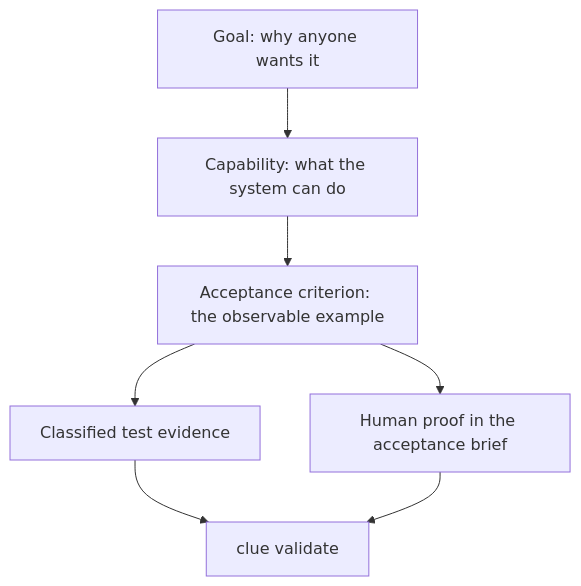
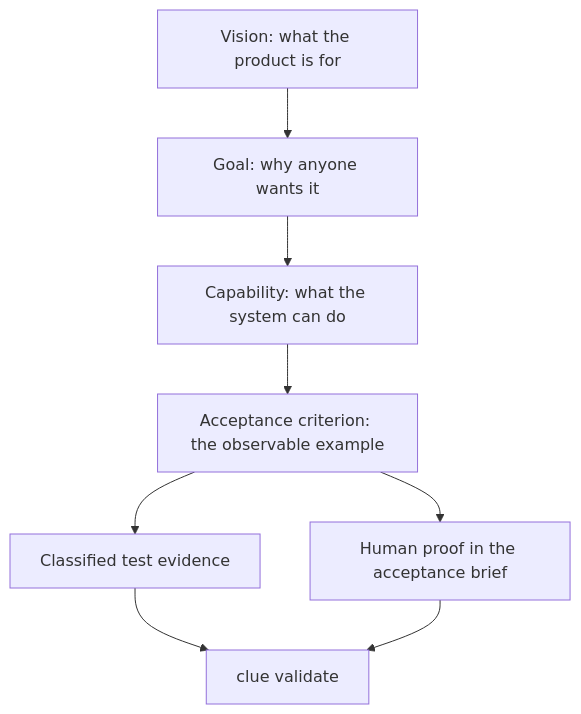
One commit to cliewen/cliewen changed the first of 2 diagrams in guide/what-is-cliewen.md. Above: the diagram before and after it, drawn with Mermaid. The commit also changed other lines of this file and 9 other files, not shown here.

````diff
--- a/guide/what-is-cliewen.md
+++ b/guide/what-is-cliewen.md
@@ -7,9 +7,10 @@
 ```mermaid
 graph TD
+  VI["Vision: what the product is for"] --> G
   G["Goal: why anyone wants it"] --> C["Capability: what the system can do"]
   C --> A["Acceptance criterion: the observable example"]
   A --> T["Classified test evidence"]
   A --> H["Human proof in the acceptance brief"]
   T --> V["clue validate"]
   H --> V
 ```
````
